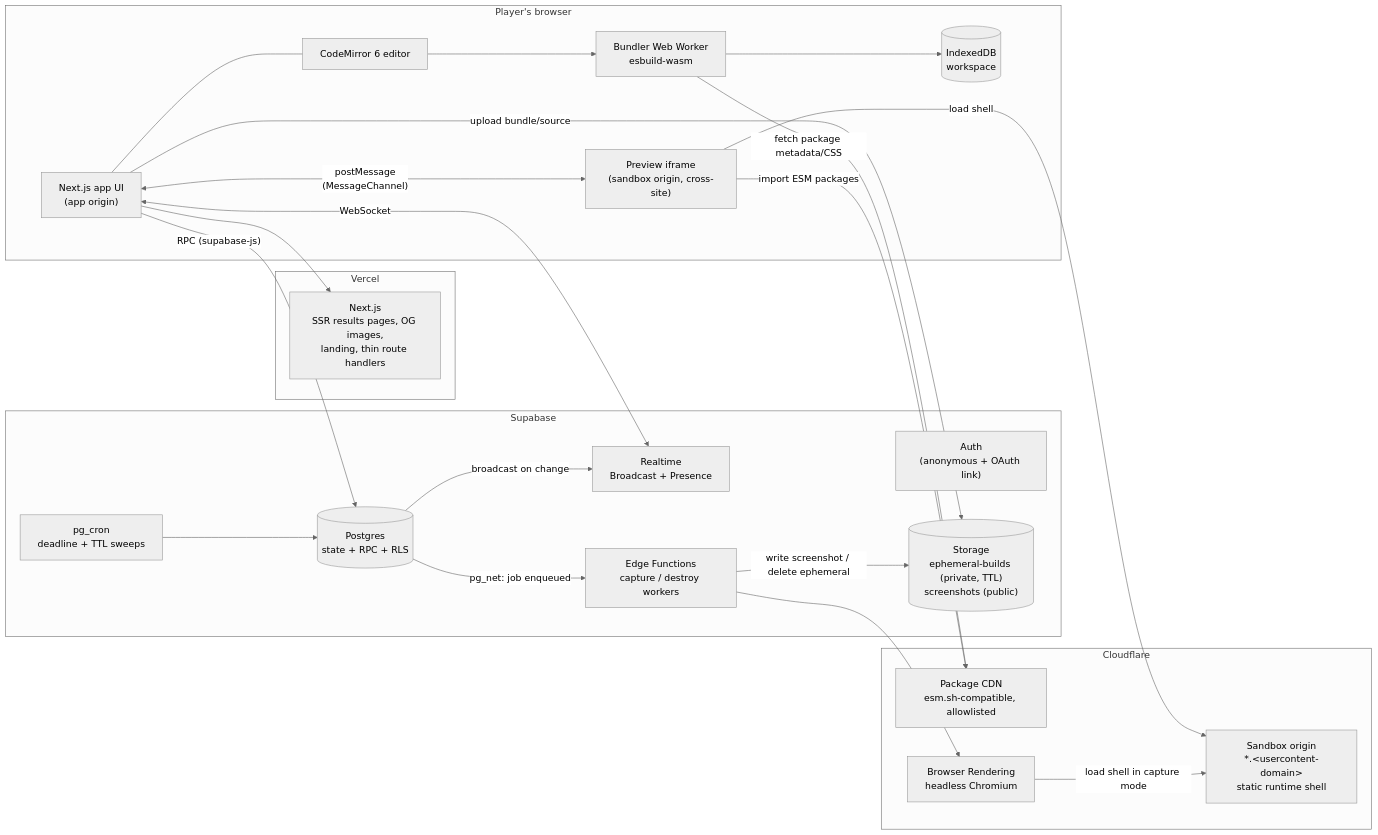
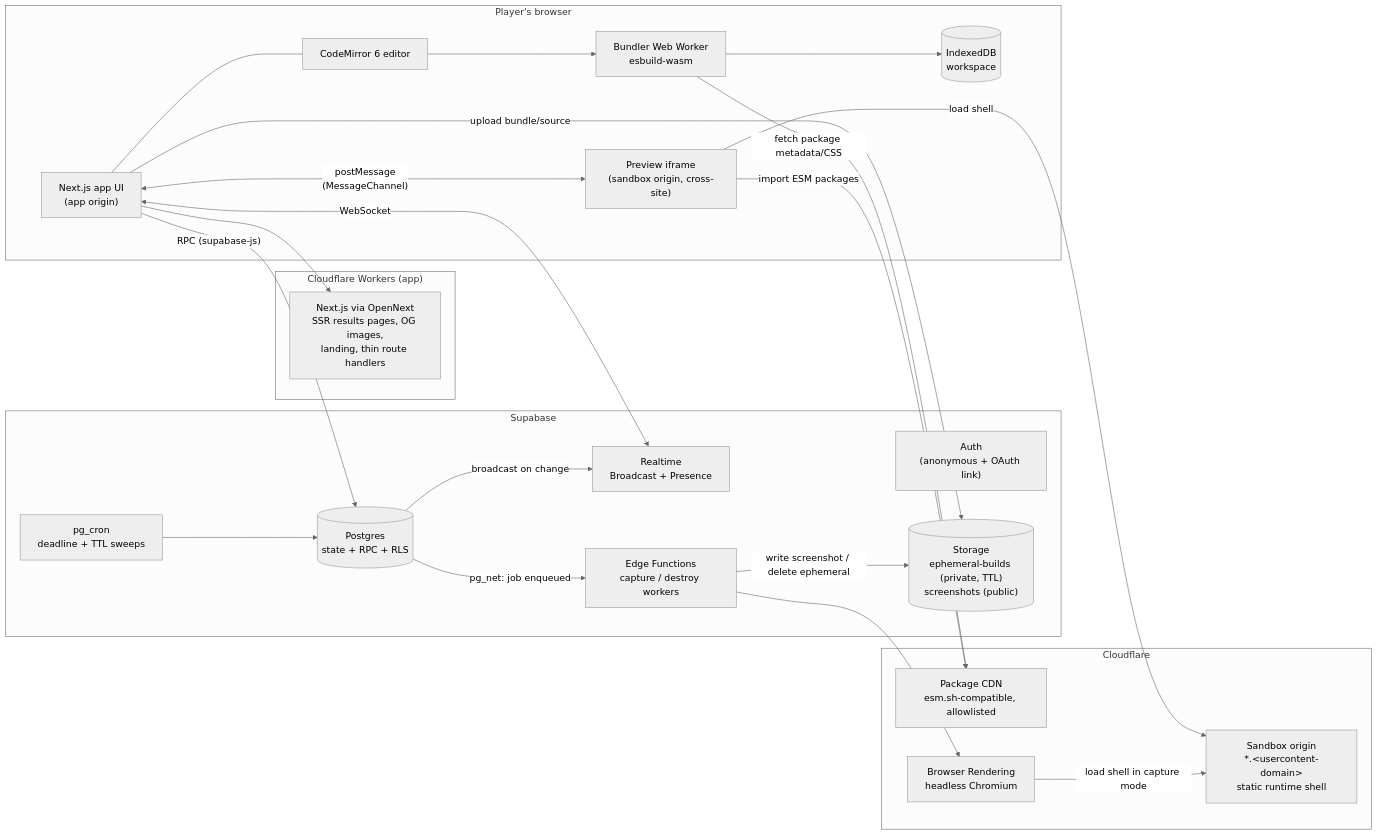
The first of 2 diagrams in docs/01-architecture.md (ertugrulunal9-ui/Build-Roulette), drawn with Mermaid (neutral theme) before and after one commit. The commit also changed other lines of this file and 4 other files, not shown here.

First line of the commit message:
Docs: host everything on Cloudflare (option A), sandbox on pages.dev first, local Supabase stack works

````diff
--- a/docs/01-architecture.md
+++ b/docs/01-architecture.md
@@ -26,47 +26,47 @@
 ```mermaid
 flowchart LR
   subgraph Player["Player's browser"]
     UI["Next.js app UI<br/>(app origin)"]
     ED["CodeMirror 6 editor"]
     BW["Bundler Web Worker<br/>esbuild-wasm"]
     IDB[("IndexedDB<br/>workspace")]
     IF["Preview iframe<br/>(sandbox origin, cross-site)"]
     UI --- ED
     ED --> BW
     BW --> IDB
     UI <-->|"postMessage<br/>(MessageChannel)"| IF
   end
 
-  subgraph Vercel
-    NX["Next.js<br/>SSR results pages, OG images,<br/>landing, thin route handlers"]
+  subgraph CFApp["Cloudflare Workers (app)"]
+    NX["Next.js via OpenNext<br/>SSR results pages, OG images,<br/>landing, thin route handlers"]
   end
 
   subgraph Supabase
     AUTH["Auth<br/>(anonymous + OAuth link)"]
     PG[("Postgres<br/>state + RPC + RLS")]
     RT["Realtime<br/>Broadcast + Presence"]
     ST[("Storage<br/>ephemeral-builds (private, TTL)<br/>screenshots (public)")]
     EF["Edge Functions<br/>capture / destroy workers"]
     CRON["pg_cron<br/>deadline + TTL sweeps"]
   end
 
   subgraph Cloudflare
     SB["Sandbox origin<br/>*.&lt;usercontent-domain&gt;<br/>static runtime shell"]
     CDN["Package CDN<br/>esm.sh-compatible, allowlisted"]
     BR["Browser Rendering<br/>headless Chromium"]
   end
 
   UI -->|"RPC (supabase-js)"| PG
   UI <-->|"WebSocket"| RT
   UI -->|"upload bundle/source"| ST
   UI --> NX
   BW -->|"fetch package metadata/CSS"| CDN
   IF -->|"load shell"| SB
   IF -->|"import ESM packages"| CDN
   PG -->|"broadcast on change"| RT
   CRON --> PG
   PG -->|"pg_net: job enqueued"| EF
   EF --> BR
   BR -->|"load shell in capture mode"| SB
   EF -->|"write screenshot / delete ephemeral"| ST
 ```
````
